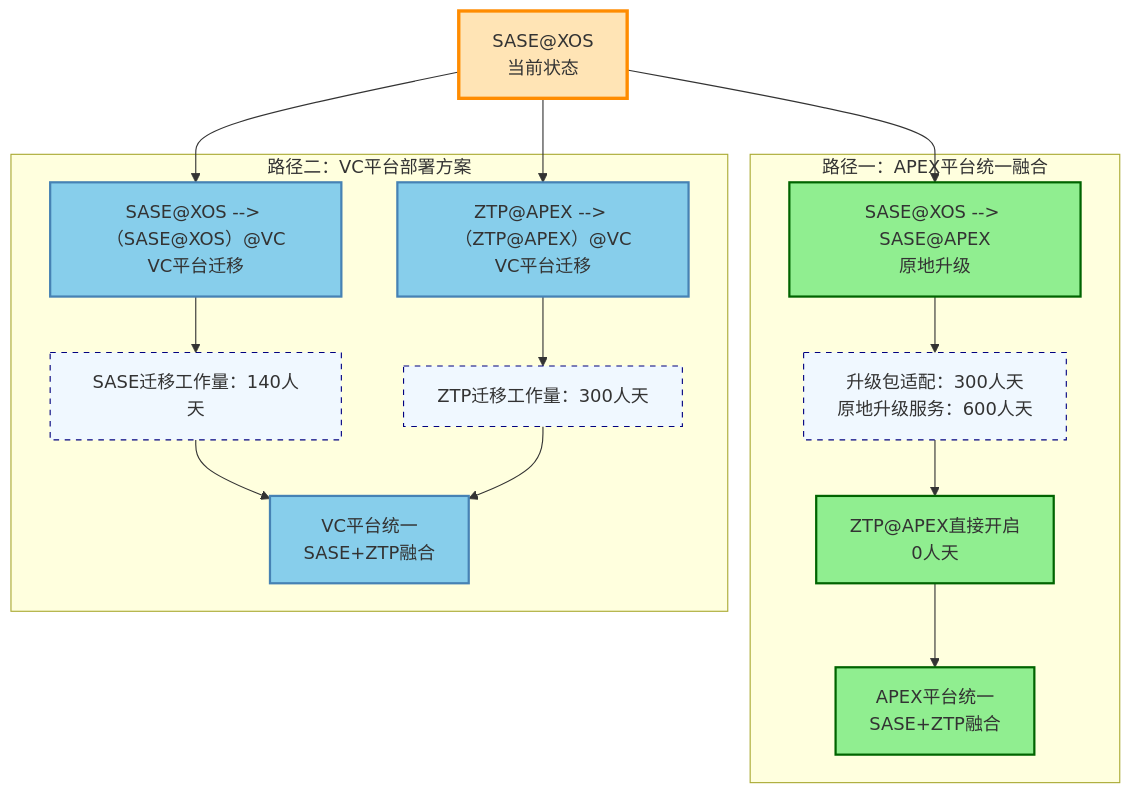
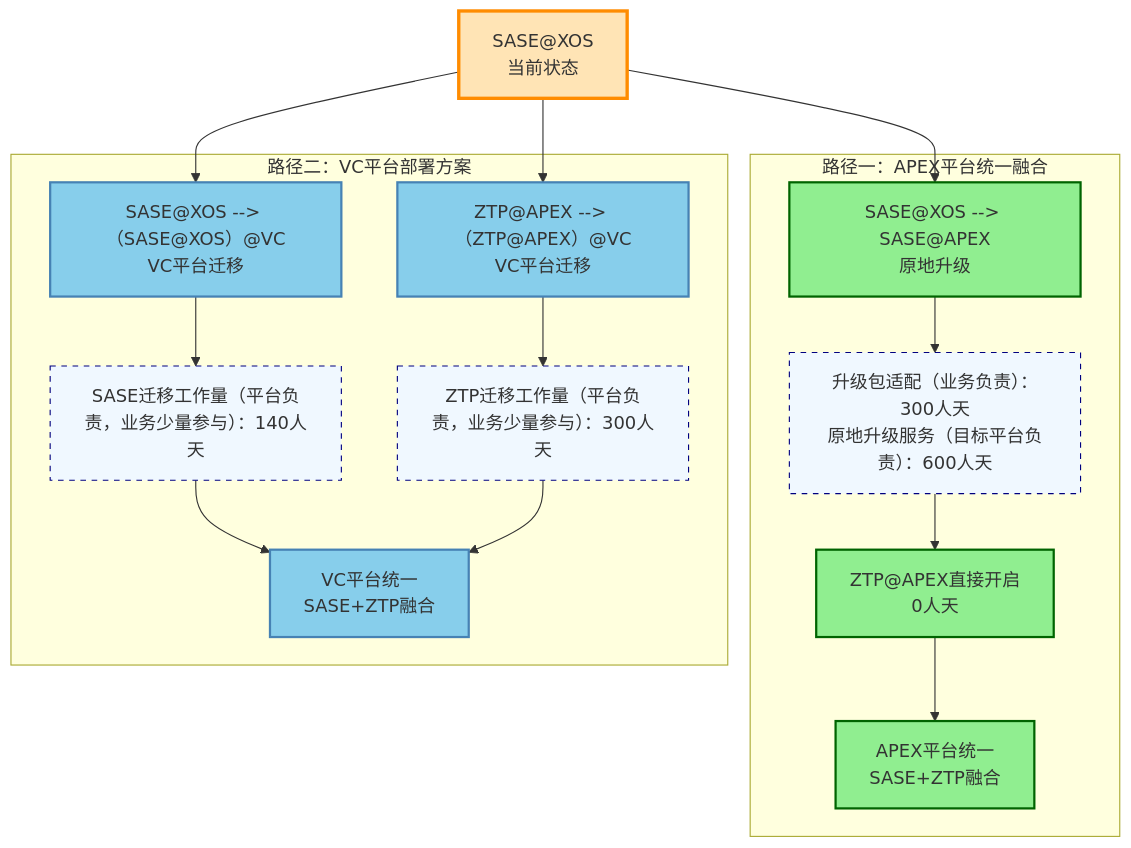
Before and after one commit to turtacn/PersonalAI: the second of 4 diagrams in examples/PA/merge/vc.md, drawn with Mermaid.

Commit message:
cloudlink and slo-sentinel

````diff
--- a/examples/PA/merge/vc.md
+++ b/examples/PA/merge/vc.md
@@ -48,46 +48,46 @@
 ```mermaid
 graph TD
     %% 图例和样式定义
     classDef startNode fill:#FFE4B5,stroke:#FF8C00,stroke-width:3px
     classDef path1Node fill:#90EE90,stroke:#006400,stroke-width:2px
     classDef path2Node fill:#87CEEB,stroke:#4682B4,stroke-width:2px
     classDef finalNode fill:#DDA0DD,stroke:#8B008B,stroke-width:3px
     classDef workload fill:#F0F8FF,stroke:#000080,stroke-width:1px,stroke-dasharray: 5 5
     
     START[SASE#64;XOS<br/>当前状态]
     
     %% 路径一：APEX统一平台
     subgraph PATH1[路径一：APEX平台统一融合]
         P1_STEP1[SASE#64;XOS --> SASE#64;APEX<br/>原地升级]
-        P1_WORK1[升级包适配：300人天<br/>原地升级服务：600人天]
+        P1_WORK1[升级包适配（业务负责）：300人天<br/>原地升级服务（目标平台负责）：600人天]
         P1_STEP2[ZTP#64;APEX直接开启<br/>0人天]
         P1_FINAL[APEX平台统一<br/>SASE+ZTP融合]
         
         P1_STEP1 --> P1_WORK1
         P1_WORK1 --> P1_STEP2
         P1_STEP2 --> P1_FINAL
     end
     
     %% 路径二：VC平台部署
     subgraph PATH2[路径二：VC平台部署方案]
         P2_STEP1[SASE#64;XOS --> （SASE#64;XOS）#64;VC<br/>VC平台迁移]
-        P2_WORK1[SASE迁移工作量：140人天]
+        P2_WORK1[SASE迁移工作量（平台负责，业务少量参与）：140人天]
         P2_STEP2[ZTP#64;APEX --> （ZTP#64;APEX）#64;VC<br/>VC平台迁移]
-        P2_WORK2[ZTP迁移工作量：300人天]
+        P2_WORK2[ZTP迁移工作量（平台负责，业务少量参与）：300人天]
         P2_FINAL[VC平台统一<br/>SASE+ZTP融合]
         
         P2_STEP1 --> P2_WORK1
         P2_STEP2 --> P2_WORK2
         P2_WORK1 --> P2_FINAL
         P2_WORK2 --> P2_FINAL
     end
     
     START --> P1_STEP1
     START --> P2_STEP1
     START --> P2_STEP2
     
     class START startNode
     class P1_STEP1,P1_STEP2,P1_FINAL path1Node
     class P2_STEP1,P2_STEP2,P2_FINAL path2Node
     class P1_WORK1,P2_WORK1,P2_WORK2 workload
 ```
````
